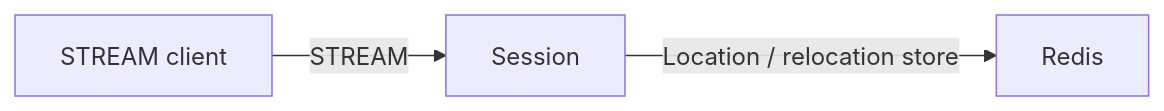
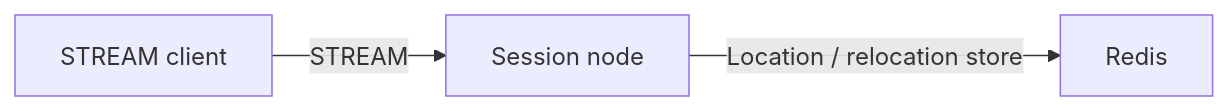
Before and after one commit to zlink-systems/zlink: the diagram in framework/languages/java/templates/java/starter/my-game/README.md, drawn with Mermaid. The commit also changed other lines of this file and 223 other files, not shown here.

First line of the commit message:
docs(templates): 모든 템플릿의 노드 이름을 Session node · Play node · API node로 (#5350)

````diff
--- a/framework/languages/java/templates/java/starter/my-game/README.md
+++ b/framework/languages/java/templates/java/starter/my-game/README.md
@@ -5,5 +5,5 @@
 ```mermaid
 flowchart LR
-    Client["STREAM client"] -->|STREAM| Session
+    Client["STREAM client"] -->|STREAM| Session["Session node"]
     Session -->|Location / relocation store| Redis
 ```
````
